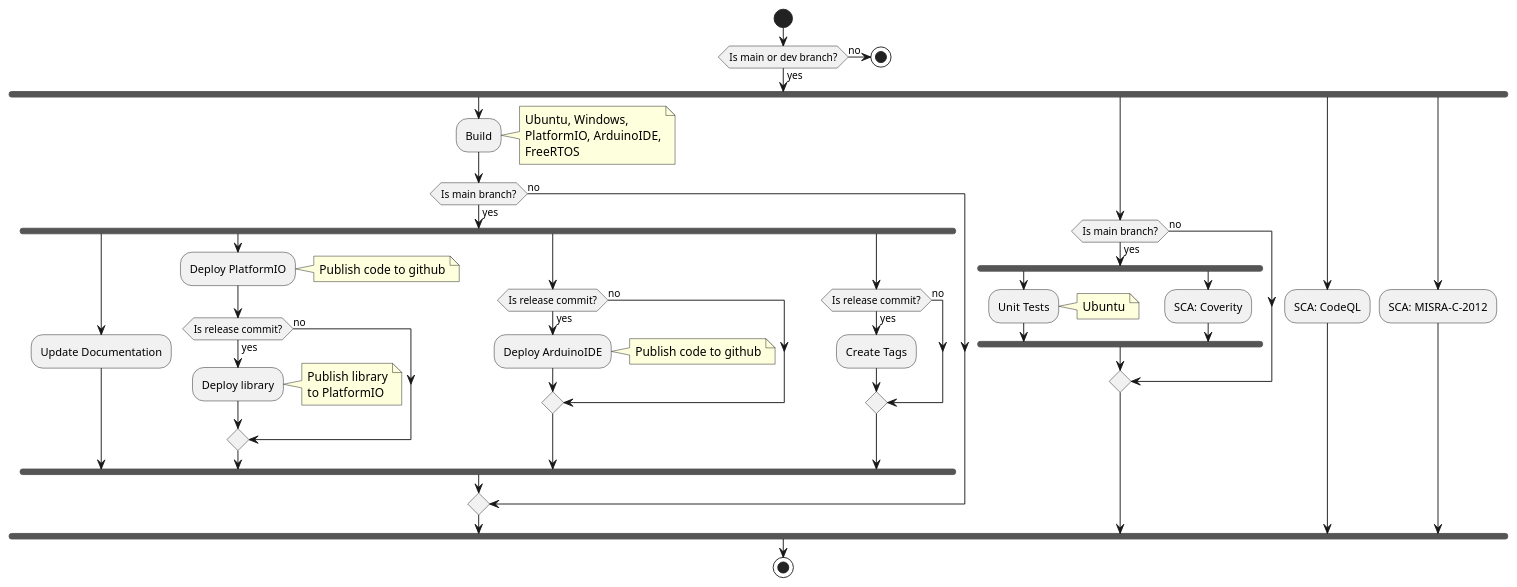
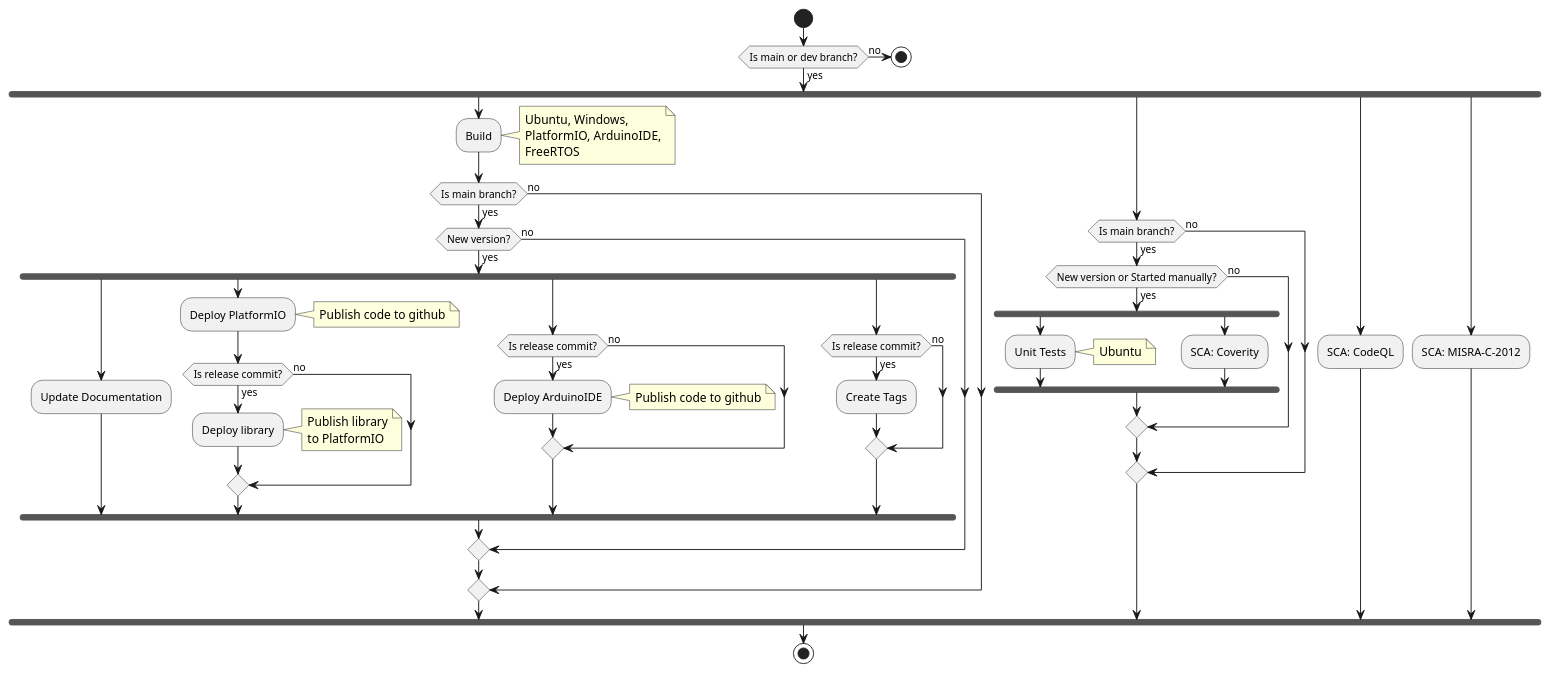
One commit to igor-krechetov/hsmcpp changed the diagram in doc/ci_workflow.pu. Above: the diagram before and after it, drawn with PlantUML. The commit also changed 2 other files, not shown here.

Commit message:
[ci] fix code coverage gathering script

```diff
--- a/doc/ci_workflow.pu
+++ b/doc/ci_workflow.pu
@@ -1,66 +1,74 @@
 @startuml
 start
 
 if (Is main or dev branch?) then (yes)
     fork
         :Build;
         note right
             Ubuntu, Windows,
             PlatformIO, ArduinoIDE,
             FreeRTOS
         end note
 
         if (Is main branch?) then (yes)
-            fork
-                :Update Documentation;
-            fork again
-                :Deploy PlatformIO;
-                note right: Publish code to github
-                if (Is release commit?) then (yes)
-                    :Deploy library;
-                    note right
-                        Publish library
-                        to PlatformIO
-                    end note
-                else (no)
-                    ' skip
-                endif
-            fork again
-                if (Is release commit?) then (yes)
-                    :Deploy ArduinoIDE;
+            if (New version?) then (yes)
+                fork
+                    :Update Documentation;
+                fork again
+                    :Deploy PlatformIO;
                     note right: Publish code to github
-                else (no)
-                    ' skip
-                endif
-            fork again
-                if (Is release commit?) then (yes)
-                    :Create Tags;
-                else (no)
-                    ' skip
-                endif
-            end fork
+                    if (Is release commit?) then (yes)
+                        :Deploy library;
+                        note right
+                            Publish library
+                            to PlatformIO
+                        end note
+                    else (no)
+                        ' skip
+                    endif
+                fork again
+                    if (Is release commit?) then (yes)
+                        :Deploy ArduinoIDE;
+                        note right: Publish code to github
+                    else (no)
+                        ' skip
+                    endif
+                fork again
+                    if (Is release commit?) then (yes)
+                        :Create Tags;
+                    else (no)
+                        ' skip
+                    endif
+                end fork
+            else (no)
+                ' skip
+            endif
         else (no)
             ' skip
         endif
     fork again
         if (Is main branch?) then (yes)
-            fork
-                :Unit Tests;
-                note right: Ubuntu
-            fork again
-                :SCA: Coverity;
-            end fork
+            if (New version or Started manually?) then (yes)
+                fork
+                    :Unit Tests;
+                    note right: Ubuntu
+                fork again
+                    :SCA: Coverity;
+                end fork
+            else (no)
+                ' skip
+            endif
         else (no)
             ' skip
         endif
     fork again
         :SCA: CodeQL;
     fork again
         :SCA: MISRA-C-2012;
     end fork
 else (no)
     stop
 endif
 
 stop
 @enduml
```
